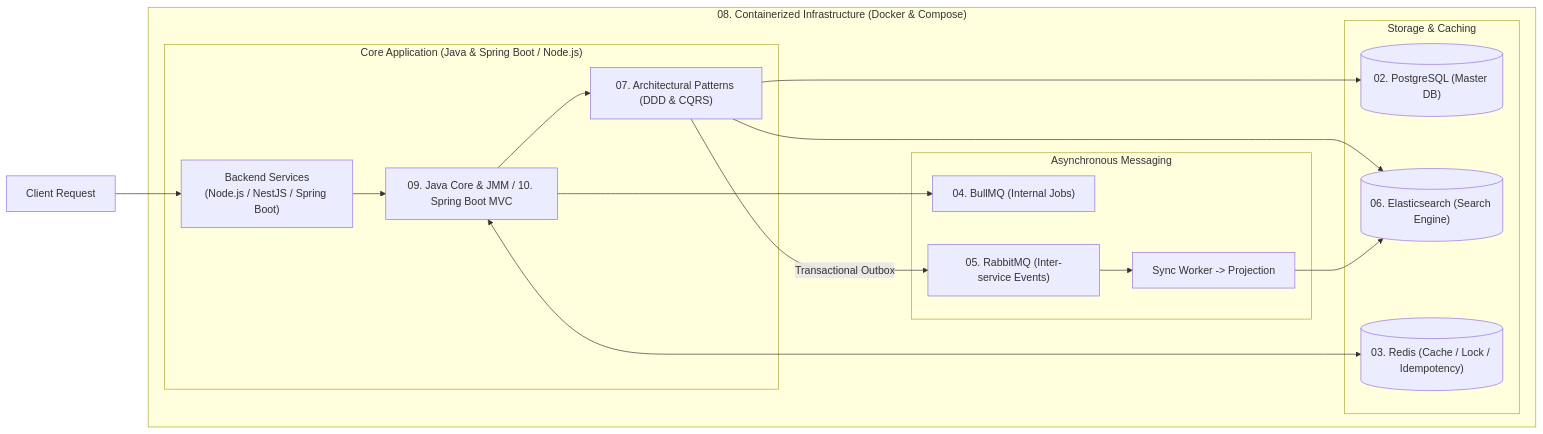
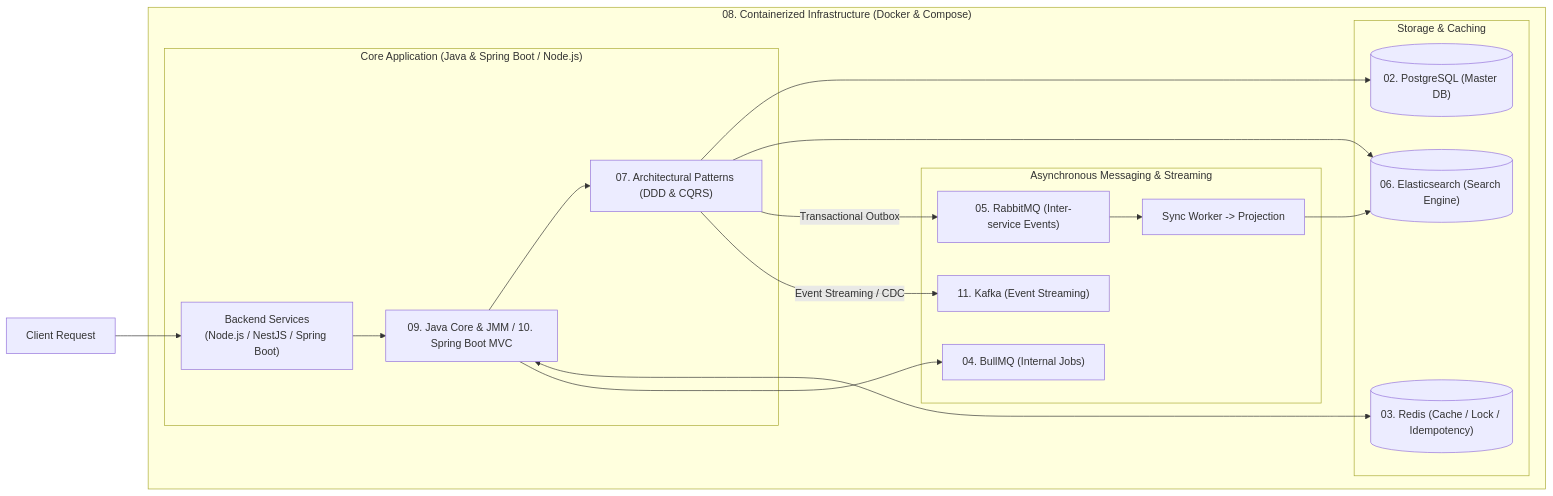
The diagram in README.md (NDQuynh25/interview), drawn with Mermaid before and after one commit. The commit also changed other lines of this file and 7 other files, not shown here.

````diff
--- a/README.md
+++ b/README.md
@@ -29,24 +32,25 @@
 ```mermaid
 flowchart LR
     Client["Client Request"] --> AppGateway["Backend Services<br/>(Node.js / NestJS / Spring Boot)"]
     
     subgraph DockerEnv ["08. Containerized Infrastructure (Docker & Compose)"]
         subgraph CoreApp ["Core Application (Java & Spring Boot / Node.js)"]
             AppGateway --> SpringCore["09. Java Core & JMM / 10. Spring Boot MVC"]
             SpringCore --> ArchPatterns["07. Architectural Patterns (DDD & CQRS)"]
         end
         
         subgraph StorageLayer ["Storage & Caching"]
             ArchPatterns --> Postgres[("02. PostgreSQL (Master DB)")]
             ArchPatterns --> Elastic[("06. Elasticsearch (Search Engine)")]
             SpringCore <--> Redis[("03. Redis (Cache / Lock / Idempotency)")]
         end
         
-        subgraph AsyncLayer ["Asynchronous Messaging"]
+        subgraph AsyncLayer ["Asynchronous Messaging & Streaming"]
             SpringCore --> BullMQ["04. BullMQ (Internal Jobs)"]
             ArchPatterns -- "Transactional Outbox" --> RabbitMQ["05. RabbitMQ (Inter-service Events)"]
+            ArchPatterns -- "Event Streaming / CDC" --> Kafka["11. Kafka (Event Streaming)"]
             RabbitMQ --> ElasticSync["Sync Worker -> Projection"]
             ElasticSync --> Elastic
         end
     end
 ```
````
